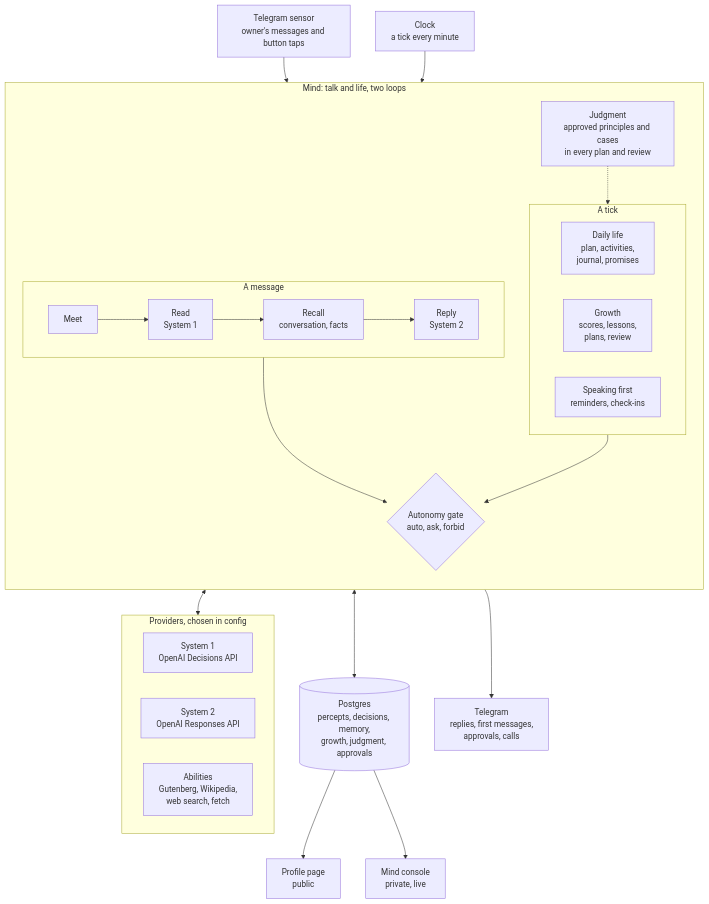
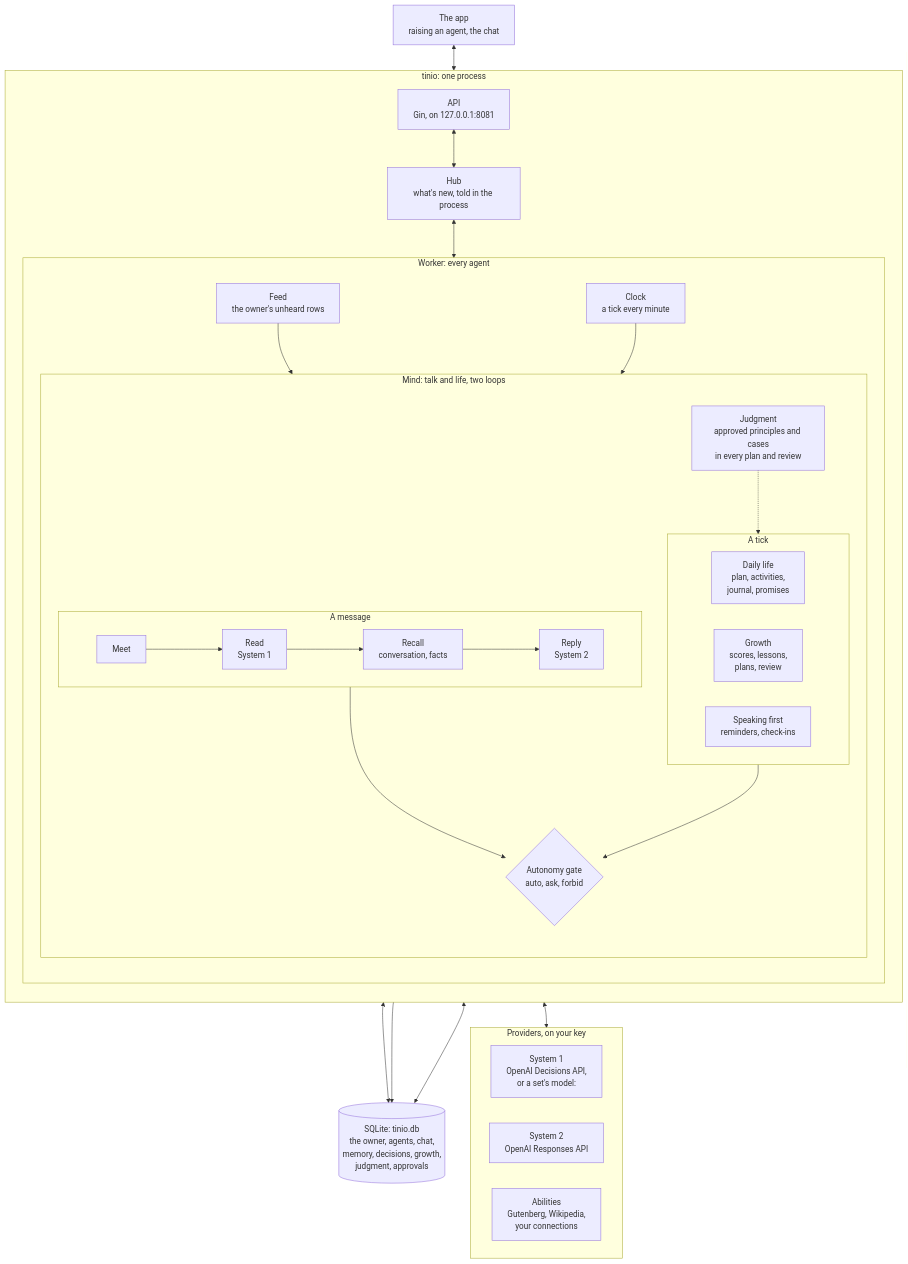
Before and after one commit to Grandbusta/tinio: the diagram in docs/ARCHITECTURE.md, drawn with Mermaid. The commit also changed other lines of this file and 9 other files, not shown here.

Commit message:
The docs, README and release describe Tinio on your own machine

````diff
--- a/docs/ARCHITECTURE.md
+++ b/docs/ARCHITECTURE.md
@@ -14,43 +18,52 @@
 ```mermaid
 flowchart TB
-    TG["Telegram sensor<br/>owner's messages and button taps"]
-    CLK["Clock<br/>a tick every minute"]
+    APP["The app<br/>raising an agent, the chat"]
 
-    subgraph MIND["Mind: talk and life, two loops"]
+    subgraph TINIO["tinio: one process"]
         direction TB
-        subgraph MSG["A message"]
-            direction LR
-            MEET["Meet"] --> READ["Read<br/>System 1"] --> RECALL["Recall<br/>conversation, facts"] --> REASON["Reply<br/>System 2"]
+        API["API<br/>Gin, on 127.0.0.1:8081"]
+        HUB["Hub<br/>what's new, told in the process"]
+
+        subgraph WORKER["Worker: every agent"]
+            direction TB
+            FEED["Feed<br/>the owner's unheard rows"]
+            CLK["Clock<br/>a tick every minute"]
+            subgraph MIND["Mind: talk and life, two loops"]
+                direction TB
+                subgraph MSG["A message"]
+                    direction LR
+                    MEET["Meet"] --> READ["Read<br/>System 1"] --> RECALL["Recall<br/>conversation, facts"] --> REASON["Reply<br/>System 2"]
+                end
+                subgraph DAY["A tick"]
+                    direction LR
+                    LIFE["Daily life<br/>plan, activities,<br/>journal, promises"]
+                    GROW["Growth<br/>scores, lessons,<br/>plans, review"]
+                    SPEAK["Speaking first<br/>reminders, check-ins"]
+                end
+                JUDGE["Judgment<br/>approved principles and cases<br/>in every plan and review"]
+                GATE{"Autonomy gate<br/>auto, ask, forbid"}
+                MSG & DAY --> GATE
+                JUDGE -.-> DAY
+            end
+            FEED --> MSG
+            CLK --> DAY
         end
-        subgraph DAY["A tick"]
-            direction LR
-            LIFE["Daily life<br/>plan, activities,<br/>journal, promises"]
-            GROW["Growth<br/>scores, lessons,<br/>plans, review"]
-            SPEAK["Speaking first<br/>reminders, check-ins"]
-        end
-        JUDGE["Judgment<br/>approved principles and cases<br/>in every plan and review"]
-        GATE{"Autonomy gate<br/>auto, ask, forbid"}
-        MSG & DAY --> GATE
-        JUDGE -.-> DAY
     end
 
-    subgraph PROV["Providers, chosen in config"]
+    subgraph PROV["Providers, on your key"]
         direction LR
-        S1["System 1<br/>OpenAI Decisions API"]
+        S1["System 1<br/>OpenAI Decisions API,<br/>or a set's model:"]
         S2["System 2<br/>OpenAI Responses API"]
-        ABIL["Abilities<br/>Gutenberg, Wikipedia,<br/>web search, fetch"]
+        ABIL["Abilities<br/>Gutenberg, Wikipedia,<br/>your connections"]
     end
 
-    DB[("Postgres<br/>percepts, decisions, memory,<br/>growth, judgment, approvals")]
+    DB[("SQLite: tinio.db<br/>the owner, agents, chat,<br/>memory, decisions, growth,<br/>judgment, approvals")]
 
-    OUTTG["Telegram<br/>replies, first messages,<br/>approvals, calls"]
-    PROF["Profile page<br/>public"]
-    CON["Mind console<br/>private, live"]
-
-    TG --> MSG
-    CLK --> DAY
+    APP <--> API
+    API <--> DB
+    API <--> HUB
+    HUB <--> WORKER
     MIND <--> PROV
     MIND <--> DB
-    GATE --> OUTTG
-    DB --> PROF & CON
+    GATE --> DB
 ```
````
